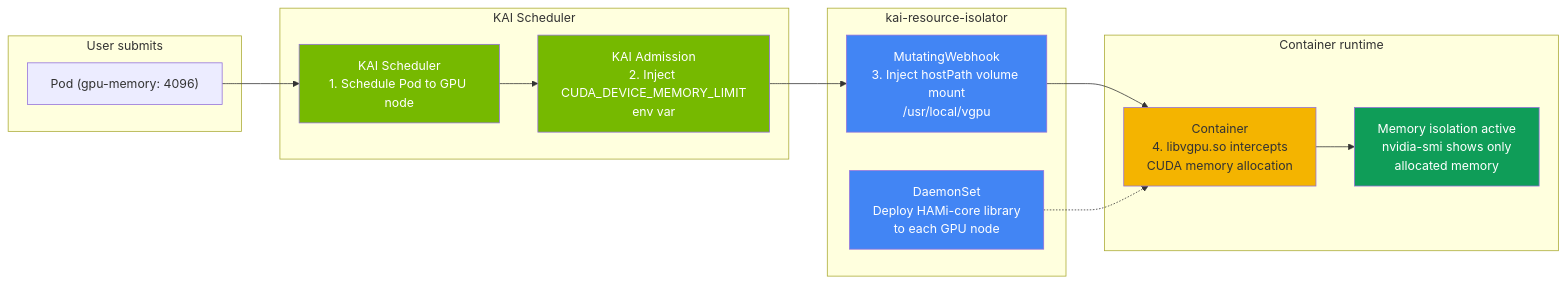
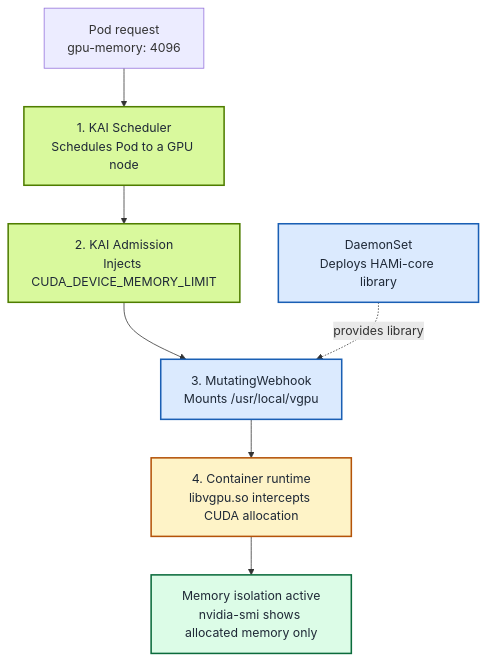
Before and after one commit to Project-HAMi/website: the first of 3 diagrams in blog/hami-core-adopted-by-nvidia-kai-scheduler/index.md, drawn with Mermaid. The commit also changed other lines of this file and 1 other file, not shown here.

Commit message:
fix: update mermaid diagrams for clarity and consistency in KAI Scheduler integration

````diff
--- a/blog/hami-core-adopted-by-nvidia-kai-scheduler/index.md
+++ b/blog/hami-core-adopted-by-nvidia-kai-scheduler/index.md
@@ -57,32 +57,21 @@
 ```mermaid
 %% title: HAMi + KAI Scheduler Integration Flow
-graph LR
-    subgraph User submits
-        POD["Pod (gpu-memory: 4096)"]
-    end
-
-    subgraph KAI Scheduler
-        SCHED["KAI Scheduler<br/>1. Schedule Pod to GPU node"]
-        INJECT["KAI Admission<br/>2. Inject CUDA_DEVICE_MEMORY_LIMIT<br/>env var"]
-    end
-
-    subgraph kai-resource-isolator
-        WEBHOOK["MutatingWebhook<br/>3. Inject hostPath volume mount<br/>/usr/local/vgpu"]
-        DAEMON["DaemonSet<br/>Deploy HAMi-core library<br/>to each GPU node"]
-    end
-
-    subgraph Container runtime
-        CONTAINER["Container<br/>4. libvgpu.so intercepts<br/>CUDA memory allocation"]
-        ENFORCE["Memory isolation active<br/>nvidia-smi shows only<br/>allocated memory"]
-    end
+graph TD
+    POD["Pod request<br/>gpu-memory: 4096"]
+    SCHED["1. KAI Scheduler<br/>Schedules Pod to a GPU node"]
+    INJECT["2. KAI Admission<br/>Injects CUDA_DEVICE_MEMORY_LIMIT"]
+    WEBHOOK["3. MutatingWebhook<br/>Mounts /usr/local/vgpu"]
+    DAEMON["DaemonSet<br/>Deploys HAMi-core library"]
+    CONTAINER["4. Container runtime<br/>libvgpu.so intercepts CUDA allocation"]
+    ENFORCE["Memory isolation active<br/>nvidia-smi shows allocated memory only"]
 
     POD --> SCHED --> INJECT --> WEBHOOK --> CONTAINER --> ENFORCE
-    DAEMON -.-> CONTAINER
+    DAEMON -. provides library .-> WEBHOOK
 
-    style SCHED fill:#76b900,color:#fff
-    style INJECT fill:#76b900,color:#fff
-    style WEBHOOK fill:#4285f4,color:#fff
-    style DAEMON fill:#4285f4,color:#fff
-    style CONTAINER fill:#f4b400,color:#333
-    style ENFORCE fill:#0f9d58,color:#fff
+    style SCHED fill:#d9f99d,stroke:#4f7d00,stroke-width:2px,color:#1f2937
+    style INJECT fill:#d9f99d,stroke:#4f7d00,stroke-width:2px,color:#1f2937
+    style WEBHOOK fill:#dbeafe,stroke:#1a5fb4,stroke-width:2px,color:#1f2937
+    style DAEMON fill:#dbeafe,stroke:#1a5fb4,stroke-width:2px,color:#1f2937
+    style CONTAINER fill:#fef3c7,stroke:#b45309,stroke-width:2px,color:#1f2937
+    style ENFORCE fill:#dcfce7,stroke:#0b6b3c,stroke-width:2px,color:#1f2937
 ```
````
